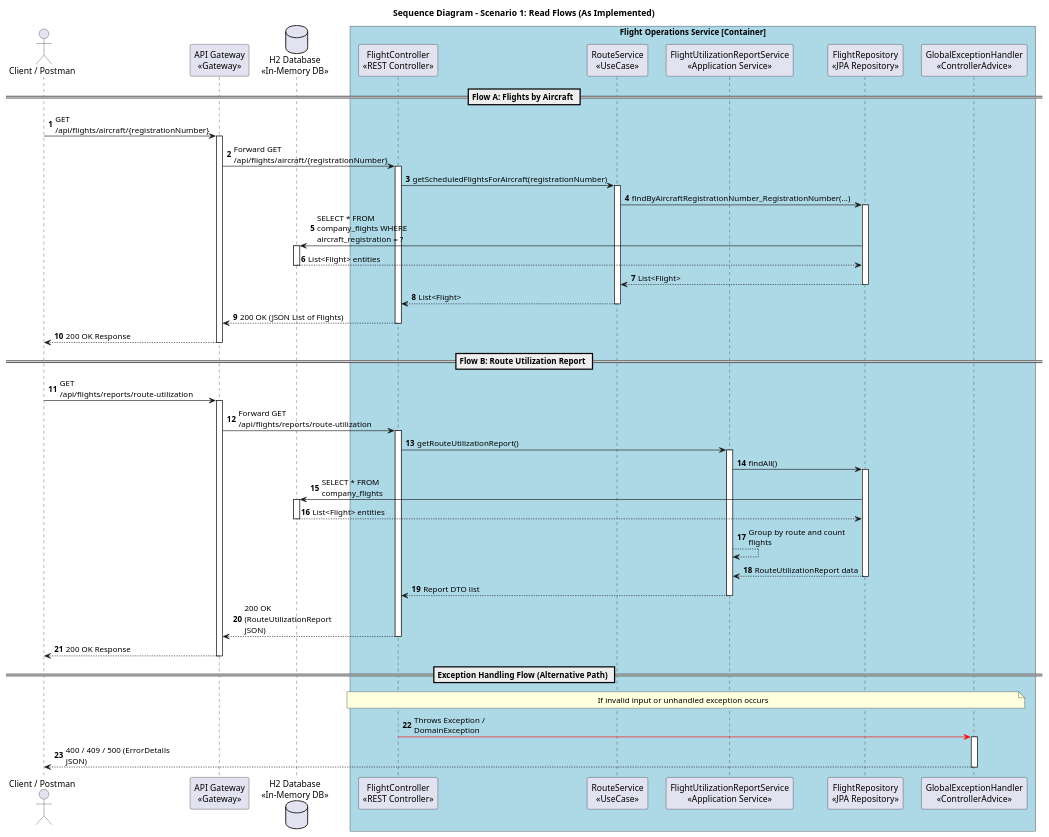
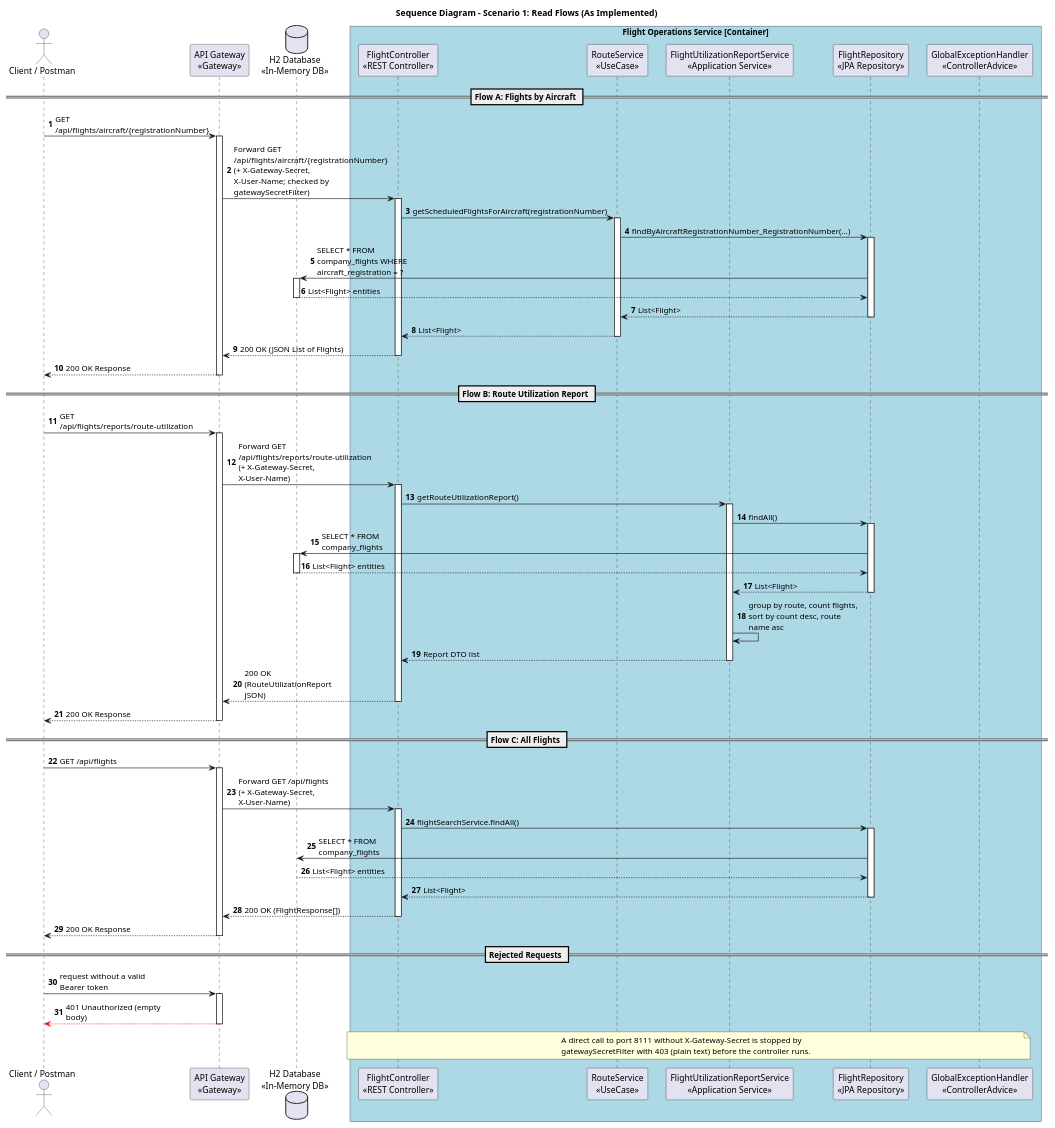
Before and after one commit to 8126Lucas/SIDIS_G6_3DA: the diagram in flight-service/docs/sequence-diagrams/scenario-1-query-flights.puml, drawn with PlantUML. The commit also changed 52 other files, not shown here.

First line of the commit message:
Enhance API Specification and Architecture Documentation

```diff
--- a/flight-service/docs/sequence-diagrams/scenario-1-query-flights.puml
+++ b/flight-service/docs/sequence-diagrams/scenario-1-query-flights.puml
@@ -1,100 +1,118 @@
 @startuml
 skinparam responseMessageBelowArrow true
 skinparam maxMessageSize 180
 skinparam boxPadding 10
 skinparam participantPadding 10
 skinparam shadowing false
 
 title Sequence Diagram - Scenario 1: Read Flows (As Implemented)
 
 autonumber
 
 actor "Client / Postman" as client
 participant "API Gateway\n<<Gateway>>" as gateway
 participant "FlightController\n<<REST Controller>>" as controller
 participant "RouteService\n<<UseCase>>" as route_svc
 participant "FlightUtilizationReportService\n<<Application Service>>" as report_svc
 participant "FlightRepository\n<<JPA Repository>>" as repo
 database "H2 Database\n<<In-Memory DB>>" as db
 participant "GlobalExceptionHandler\n<<ControllerAdvice>>" as exception_handler
 
 box "Flight Operations Service [Container]" #LightBlue
     participant controller
     participant route_svc
     participant report_svc
     participant repo
     participant exception_handler
 end box
 
 == Flow A: Flights by Aircraft ==
 
 client -> gateway : GET /api/flights/aircraft/{registrationNumber}
 activate gateway
 
-gateway -> controller : Forward GET /api/flights/aircraft/{registrationNumber}
+gateway -> controller : Forward GET /api/flights/aircraft/{registrationNumber}\n(+ X-Gateway-Secret, X-User-Name; checked by gatewaySecretFilter)
 activate controller
 
 controller -> route_svc : getScheduledFlightsForAircraft(registrationNumber)
 activate route_svc
 
 route_svc -> repo : findByAircraftRegistrationNumber_RegistrationNumber(...)
 activate repo
 
 repo -> db : SELECT * FROM company_flights WHERE aircraft_registration = ?
 activate db
 db --> repo : List<Flight> entities
 deactivate db
 
 repo --> route_svc : List<Flight>
 deactivate repo
 
 route_svc --> controller : List<Flight>
 deactivate route_svc
 
 controller --> gateway : 200 OK (JSON List of Flights)
 deactivate controller
 
 gateway --> client : 200 OK Response
 deactivate gateway
 
 == Flow B: Route Utilization Report ==
 
 client -> gateway : GET /api/flights/reports/route-utilization
 activate gateway
 
-gateway -> controller : Forward GET /api/flights/reports/route-utilization
+gateway -> controller : Forward GET /api/flights/reports/route-utilization\n(+ X-Gateway-Secret, X-User-Name)
 activate controller
 
 controller -> report_svc : getRouteUtilizationReport()
 activate report_svc
 
 report_svc -> repo : findAll()
 activate repo
 
 repo -> db : SELECT * FROM company_flights
 activate db
 db --> repo : List<Flight> entities
 deactivate db
 
-report_svc --> report_svc : Group by route and count flights
-repo --> report_svc : RouteUtilizationReport data
+repo --> report_svc : List<Flight>
 deactivate repo
+report_svc -> report_svc : group by route, count flights,\nsort by count desc, route name asc
 
 report_svc --> controller : Report DTO list
 deactivate report_svc
 
 controller --> gateway : 200 OK (RouteUtilizationReport JSON)
 deactivate controller
 
 gateway --> client : 200 OK Response
 deactivate gateway
 
-== Exception Handling Flow (Alternative Path) ==
+== Flow C: All Flights ==
 
-note over controller, exception_handler : If invalid input or unhandled exception occurs
-controller -[#red]> exception_handler : Throws Exception / DomainException
-activate exception_handler
-exception_handler --> client : 400 / 409 / 500 (ErrorDetails JSON)
-deactivate exception_handler
+client -> gateway : GET /api/flights
+activate gateway
+gateway -> controller : Forward GET /api/flights\n(+ X-Gateway-Secret, X-User-Name)
+activate controller
+controller -> repo : flightSearchService.findAll()
+activate repo
+repo -> db : SELECT * FROM company_flights
+db --> repo : List<Flight> entities
+repo --> controller : List<Flight>
+deactivate repo
+controller --> gateway : 200 OK (FlightResponse[])
+deactivate controller
+gateway --> client : 200 OK Response
+deactivate gateway
+
+== Rejected Requests ==
+
+client -> gateway : request without a valid Bearer token
+activate gateway
+gateway --[#red]> client : 401 Unauthorized (empty body)
+deactivate gateway
+
+note over controller, exception_handler : A direct call to port 8111 without X-Gateway-Secret is stopped by\ngatewaySecretFilter with 403 (plain text) before the controller runs.
 
 @enduml
```
